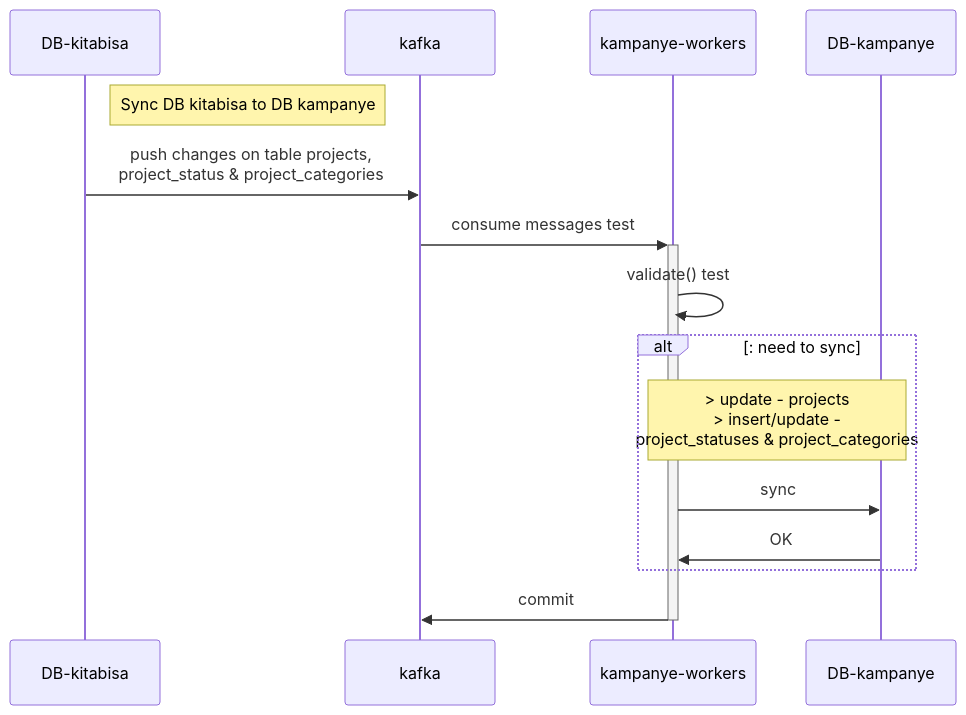
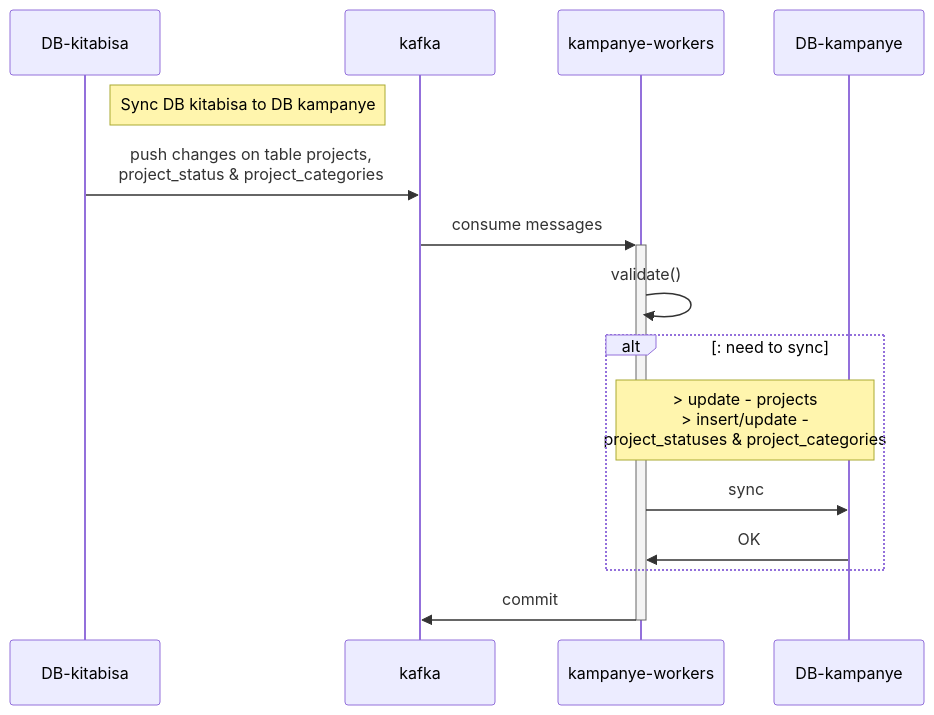
Before and after one commit to ardityawahyu/test-actions: the diagram in docs/seq-sync_db.mmd, drawn with Mermaid. The commit also changed 1 other file, not shown here.

````diff
--- a/docs/seq-sync_db.mmd
+++ b/docs/seq-sync_db.mmd
@@ -1,19 +1,19 @@
 ```mermaid
 sequenceDiagram
     participant dbm as DB-kitabisa
     participant kf as kafka
     participant kw as kampanye-workers
     participant db as DB-kampanye
     note right of dbm: Sync DB kitabisa to DB kampanye
     dbm->>kf: push changes on table projects, <br>project_status & project_categories
     
-    kf->>+kw: consume messages test
-    kw->>kw: validate() test
+    kf->>+kw: consume messages
+    kw->>kw: validate()
     alt: need to sync
     note over kw,db: > update - projects<br> > insert/update - <br>project_statuses & project_categories
     kw->>db: sync
     db->>kw: OK
     end
     kw->>kf: commit
     deactivate kw
 ```
````
